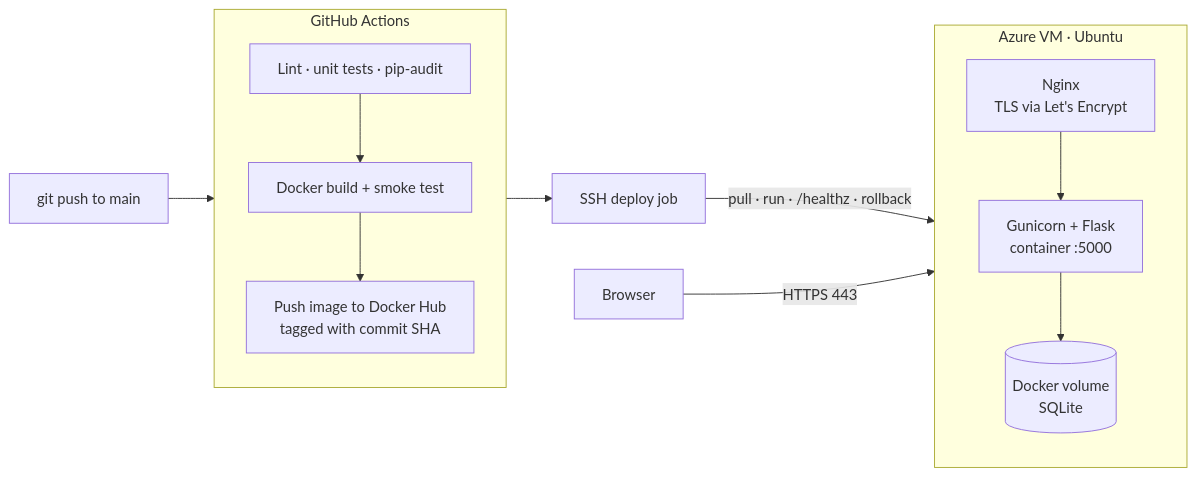
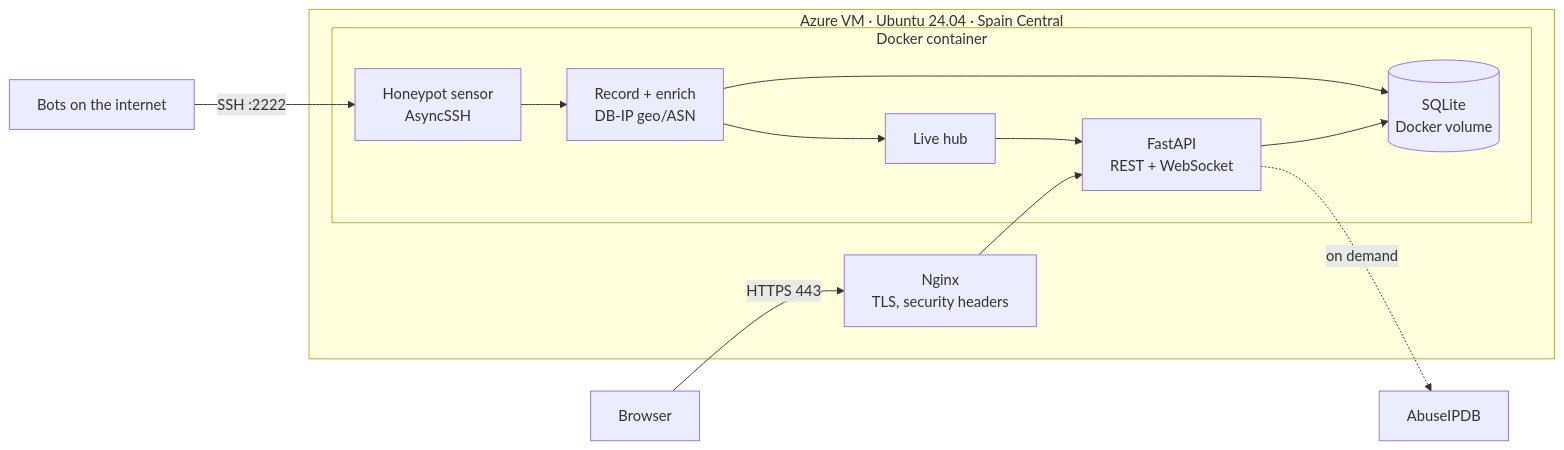
The diagram in README.md (TrevorvaughanDEV/devops-project), drawn with Mermaid before and after one commit. The commit also changed other lines of this file and 62 other files, not shown here.

First line of the commit message:
Rebuild as Who's Knocking: a live SSH honeypot attack map

````diff
--- a/README.md
+++ b/README.md
@@ -18,21 +27,18 @@
 ```mermaid
 flowchart LR
-    dev[git push to main] --> gha
+    bot[Bots on the internet] -->|SSH :2222| sensor
+    user[Browser] -->|HTTPS 443| nginx
 
-    subgraph gha[GitHub Actions]
-        direction TB
-        t[Lint · unit tests · pip-audit] --> b[Docker build + smoke test]
-        b --> p[Push image to Docker Hub<br/>tagged with commit SHA]
+    subgraph vm[Azure VM · Ubuntu 24.04 · Spain Central]
+        nginx[Nginx<br/>TLS, security headers] --> api
+        subgraph container[Docker container]
+            sensor[Honeypot sensor<br/>AsyncSSH] --> rec[Record + enrich<br/>DB-IP geo/ASN]
+            rec --> db[(SQLite<br/>Docker volume)]
+            rec --> hub[Live hub]
+            api[FastAPI<br/>REST + WebSocket] --> db
+            hub --> api
+        end
     end
 
-    p --> ssh[SSH deploy job]
-
-    subgraph vm[Azure VM · Ubuntu]
-        direction TB
-        nginx[Nginx<br/>TLS via Let's Encrypt] --> app[Gunicorn + Flask<br/>container :5000]
-        app --> vol[(Docker volume<br/>SQLite)]
-    end
-
-    ssh -->|pull · run · /healthz · rollback| app
-    user[Browser] -->|HTTPS 443| nginx
+    api -.->|on demand| abuse[AbuseIPDB]
 ```
````
